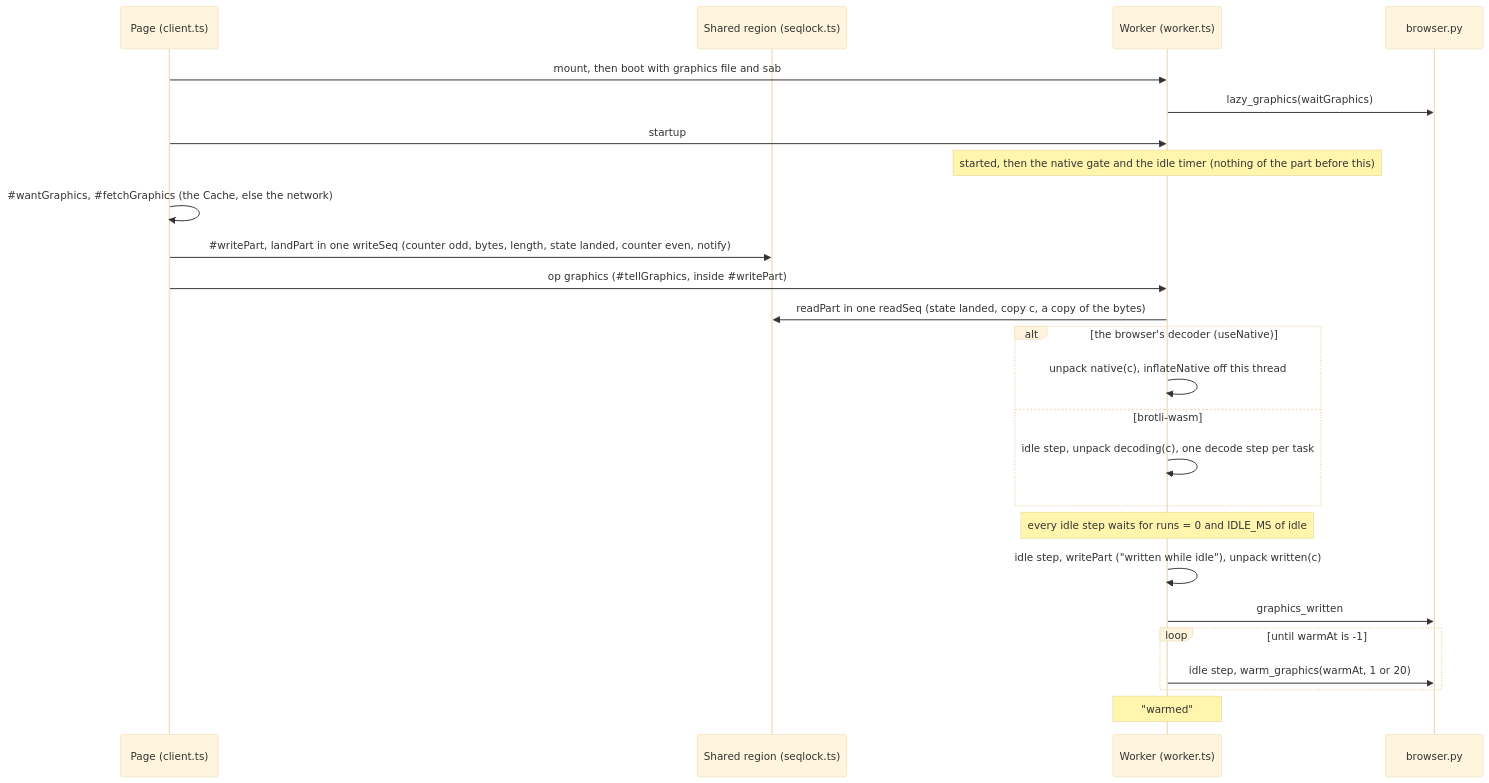
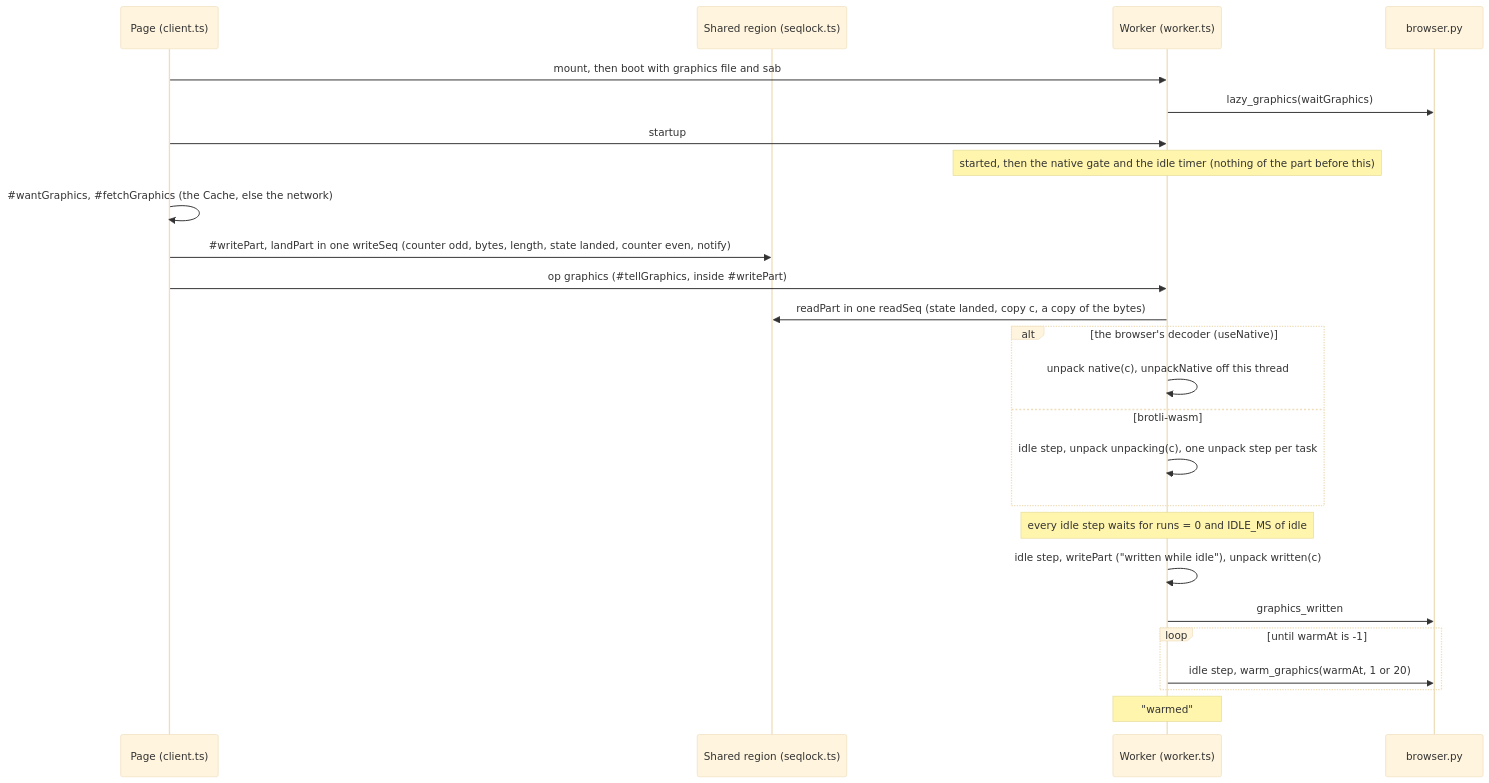
Before and after one commit to jeffzyliu/dofile: the first of 6 diagrams in docs/design/lazy-graphics.md, drawn with Mermaid (base theme). The commit also changed other lines of this file, not shown here.

Commit message:
docs: the R1 note's names (copy and HDR_COPY, SeqReader, setWord/setBytes and readWord/readBytes, PartReason, waitMs, the withBytes option, the unpack words, askedOn) and the maintainer's four decisions, with a usage sketch of writeSeq and readSeq

````diff
--- a/docs/design/lazy-graphics.md
+++ b/docs/design/lazy-graphics.md
@@ -90,27 +90,27 @@
 ```mermaid
 sequenceDiagram
     participant P as Page (client.ts)
     participant B as Shared region (seqlock.ts)
     participant W as Worker (worker.ts)
     participant Y as browser.py
     P->>W: mount, then boot with graphics file and sab
     W->>Y: lazy_graphics(waitGraphics)
     P->>W: startup
     Note over W: started, then the native gate and the idle timer (nothing of the part before this)
     P->>P: #35;wantGraphics, #35;fetchGraphics (the Cache, else the network)
     P->>B: #35;writePart, landPart in one writeSeq (counter odd, bytes, length, state landed, counter even, notify)
     P->>W: op graphics (#35;tellGraphics, inside #35;writePart)
     W->>B: readPart in one readSeq (state landed, copy c, a copy of the bytes)
     alt the browser's decoder (useNative)
-        W->>W: unpack native(c), inflateNative off this thread
+        W->>W: unpack native(c), unpackNative off this thread
     else brotli-wasm
-        W->>W: idle step, unpack decoding(c), one decode step per task
+        W->>W: idle step, unpack unpacking(c), one unpack step per task
     end
     Note over W: every idle step waits for runs = 0 and IDLE_MS of idle
     W->>W: idle step, writePart ("written while idle"), unpack written(c)
     W->>Y: graphics_written
     loop until warmAt is -1
         W->>Y: idle step, warm_graphics(warmAt, 1 or 20)
     end
     Note over W: "warmed"
 ```
````
